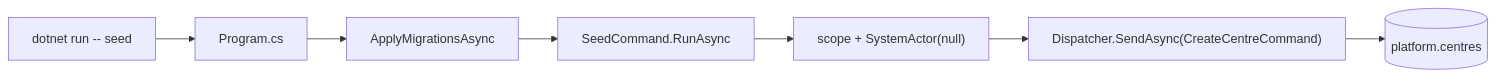
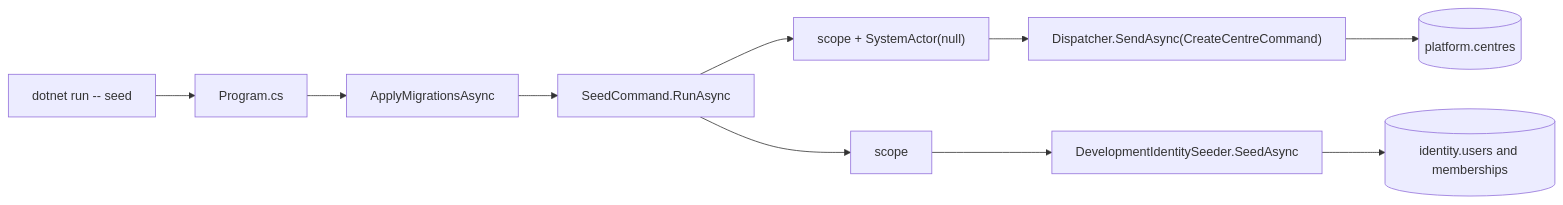
The diagram in docs/file-explanations/src/TutoringCentre.Api/Cli/SeedCommand.cs.md (youssef623/tutoring-centre), drawn with Mermaid before and after one commit. The commit also changed other lines of this file and 265 other files, not shown here.

````diff
--- a/docs/file-explanations/src/TutoringCentre.Api/Cli/SeedCommand.cs.md
+++ b/docs/file-explanations/src/TutoringCentre.Api/Cli/SeedCommand.cs.md
@@ -79,5 +99,6 @@
 ```mermaid
 flowchart LR
     CLI["dotnet run -- seed"] --> P["Program.cs"] --> M["ApplyMigrationsAsync"] --> S["SeedCommand.RunAsync"]
     S --> SC["scope + SystemActor(null)"] --> D["Dispatcher.SendAsync(CreateCentreCommand)"] --> DB[("platform.centres")]
+    S --> SS["scope"] --> DS["DevelopmentIdentitySeeder.SeedAsync"] --> IDB[("identity.users and memberships")]
 ```
````
